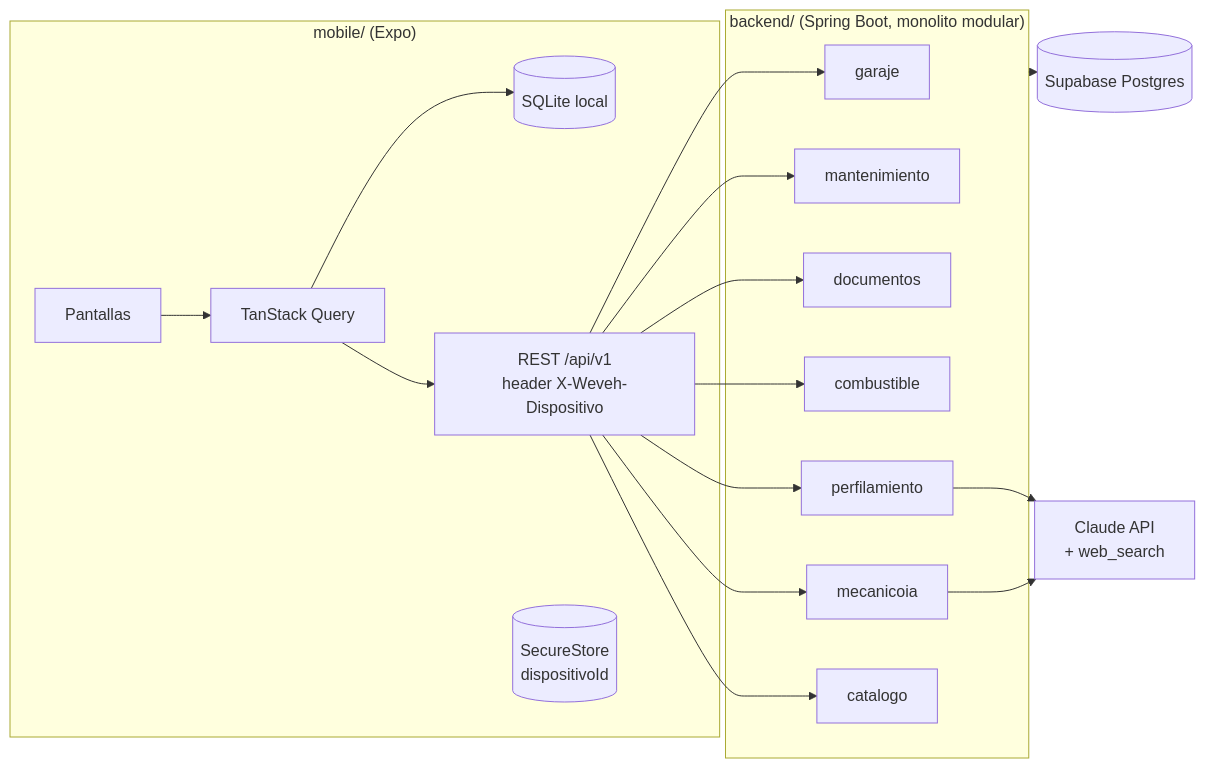
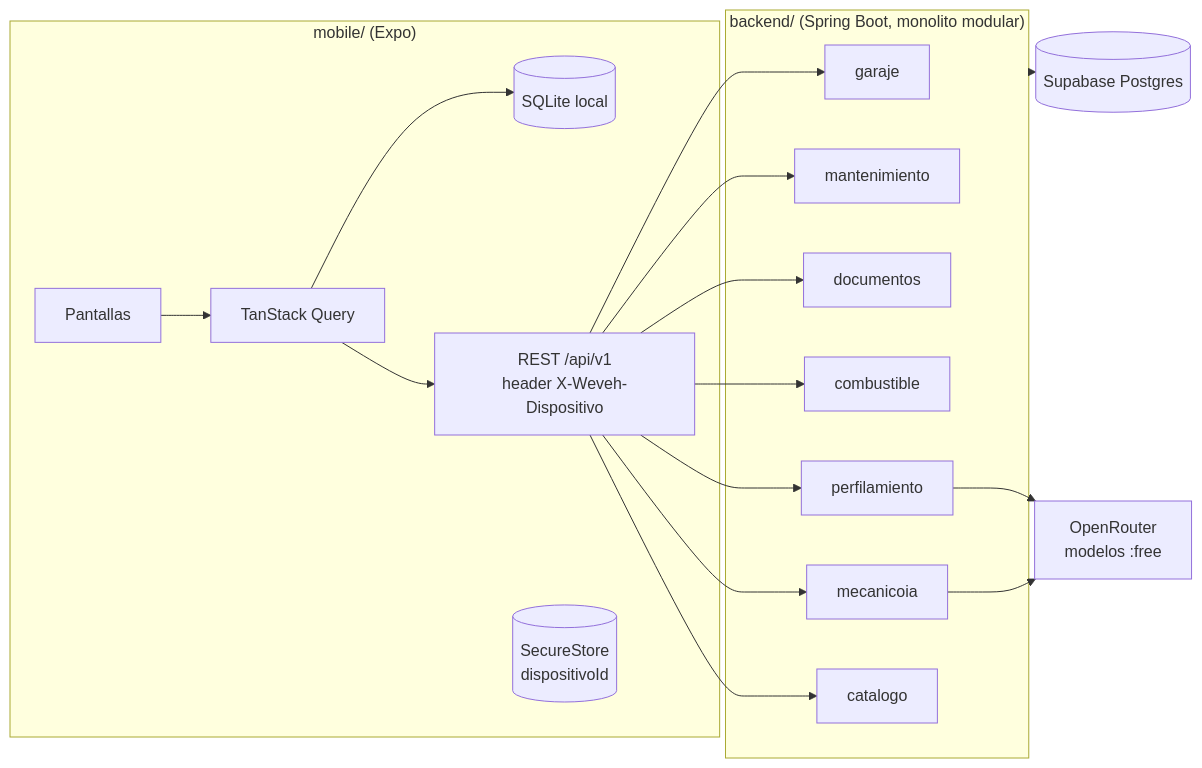
The diagram in plugins/weveh-dev/skills/arquitectura/SKILL.md (PaLuRoBu0809/WEVEH-CAR-ASSISTANT), drawn with Mermaid before and after one commit. The commit also changed other lines of this file and 7 other files, not shown here.

First line of the commit message:
docs: solo modelos gratuitos de OpenRouter

````diff
--- a/plugins/weveh-dev/skills/arquitectura/SKILL.md
+++ b/plugins/weveh-dev/skills/arquitectura/SKILL.md
@@ -10,25 +10,25 @@
 ```mermaid
 flowchart LR
   subgraph Movil["mobile/ (Expo)"]
     UI["Pantallas"] --> Q["TanStack Query"]
     Q --> SQL[("SQLite local")]
     Q --> API
     SS[("SecureStore<br/>dispositivoId")]
   end
   subgraph Backend["backend/ (Spring Boot, monolito modular)"]
     API["REST /api/v1<br/>header X-Weveh-Dispositivo"]
     GAR["garaje"]
     MAN["mantenimiento"]
     DOC["documentos"]
     COM["combustible"]
     PER["perfilamiento"]
     MIA["mecanicoia"]
     CAT["catalogo"]
     API --> GAR & MAN & DOC & COM & PER & MIA & CAT
   end
   PG[("Supabase Postgres")]
-  LLM["Claude API<br/>+ web_search"]
+  LLM["OpenRouter<br/>modelos :free"]
   Backend --> PG
   PER --> LLM
   MIA --> LLM
 ```
````
